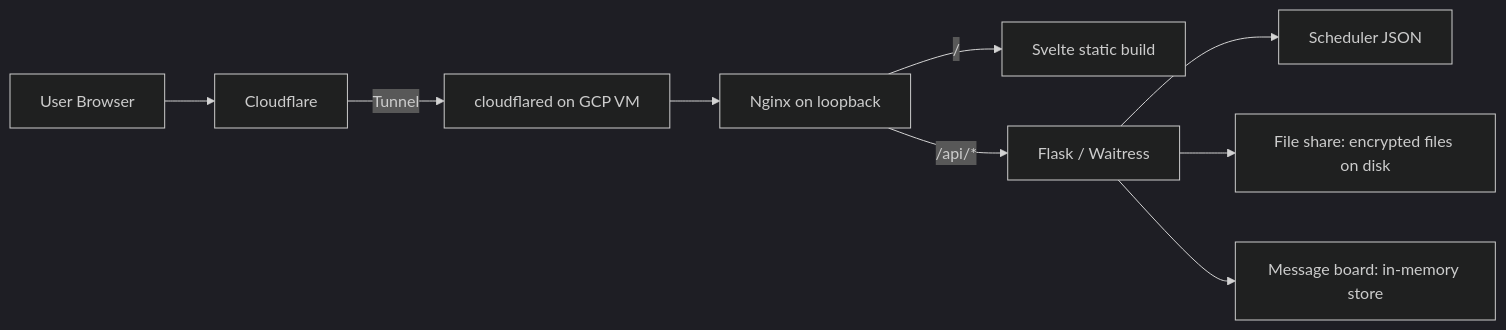
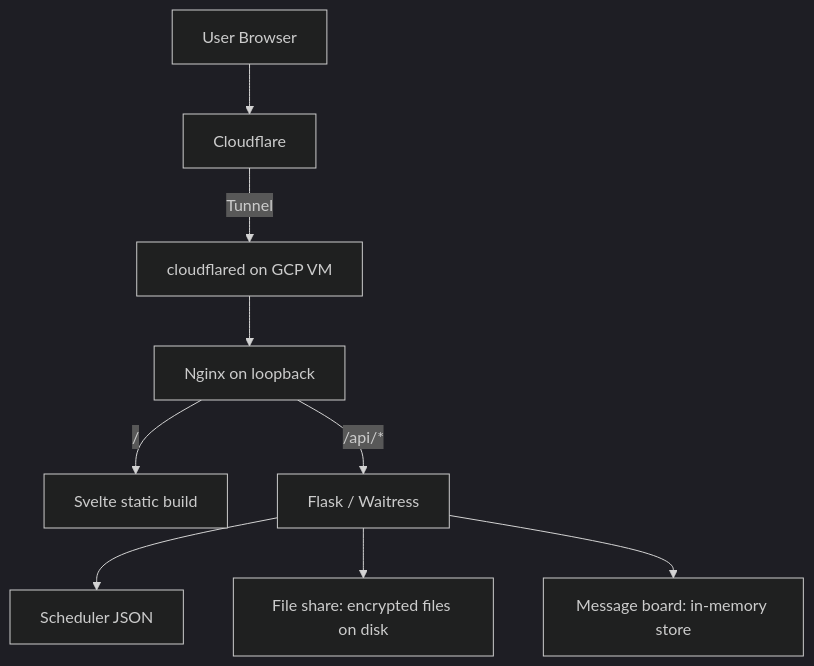
Before and after one commit to DefiantBurger/Website: the first of 2 diagrams in frontend/src/content/projects/personal-website-platform.md, drawn with Mermaid (dark theme). The commit also changed 8 other files, not shown here.

Commit message:
Made mermaid diagrams readable on mobile & removed debug panel

````diff
--- a/frontend/src/content/projects/personal-website-platform.md
+++ b/frontend/src/content/projects/personal-website-platform.md
@@ -62,11 +62,11 @@
 ```mermaid
-flowchart LR
+flowchart TB
     U[User Browser] --> CF[Cloudflare]
     CF -->|Tunnel| CFD[cloudflared on GCP VM]
     CFD --> NX[Nginx on loopback]
     NX -->|/| FE[Svelte static build]
     NX -->|/api/*| BE[Flask / Waitress]
     BE --> PC[Scheduler JSON]
     BE --> FS[File share: encrypted files on disk]
     BE --> MB[Message board: in-memory store]
 ```
````
